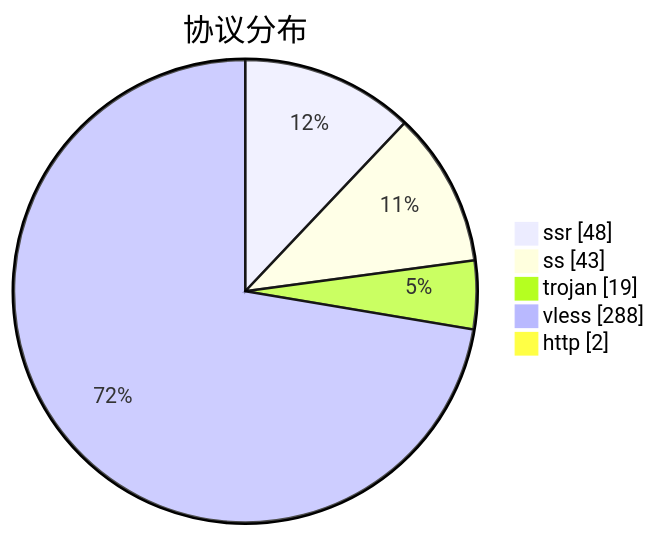
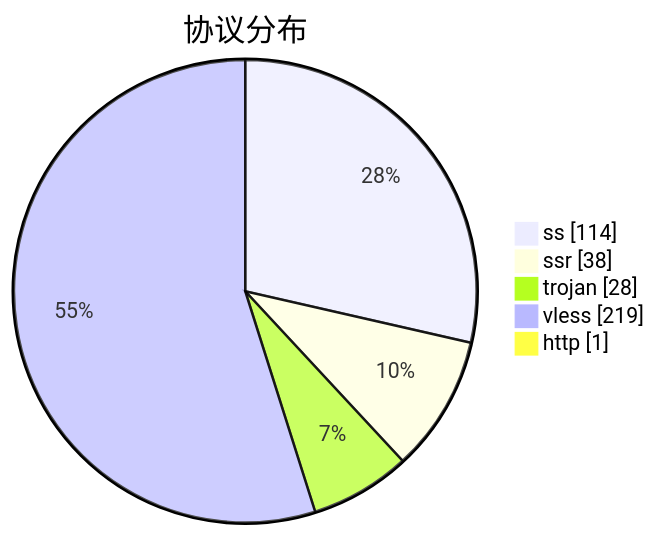
Before and after one commit to qjlxg/airport: the third of 3 diagrams in subs/statistics/tested_within.md, drawn with Mermaid. The commit also changed other lines of this file and 2 other files, not shown here.

````diff
--- a/subs/statistics/tested_within.md
+++ b/subs/statistics/tested_within.md
@@ -20,9 +19,9 @@
 ```mermaid
 pie showData
 title 协议分布
-"ssr" : 48
-"ss" : 43
-"trojan" : 19
-"vless" : 288
-"http" : 2
+"ss" : 114
+"ssr" : 38
+"trojan" : 28
+"vless" : 219
+"http" : 1
 ```
````
